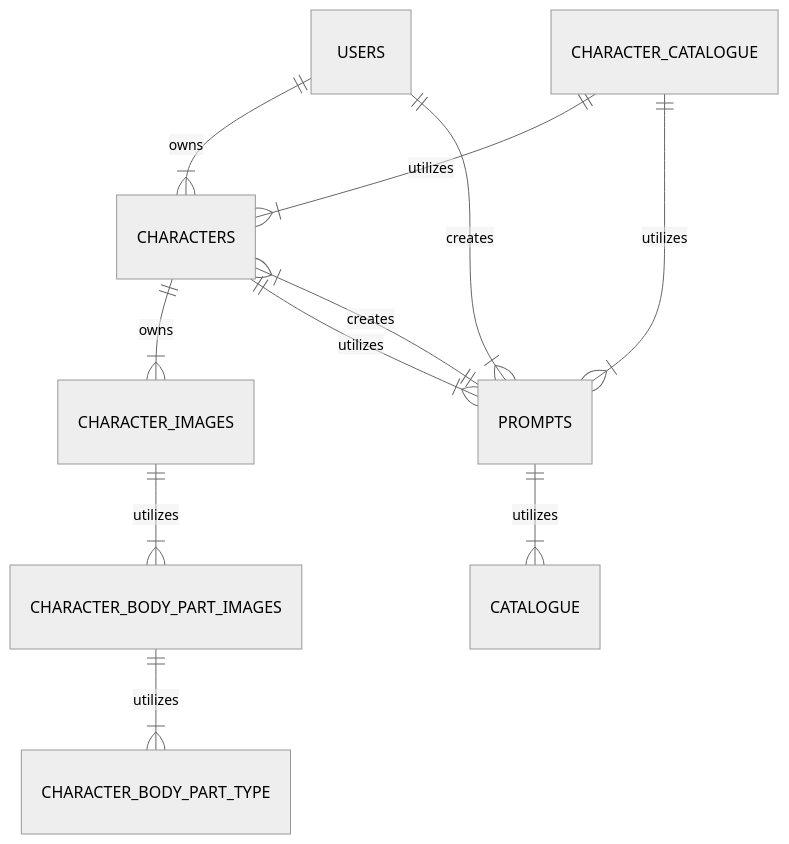
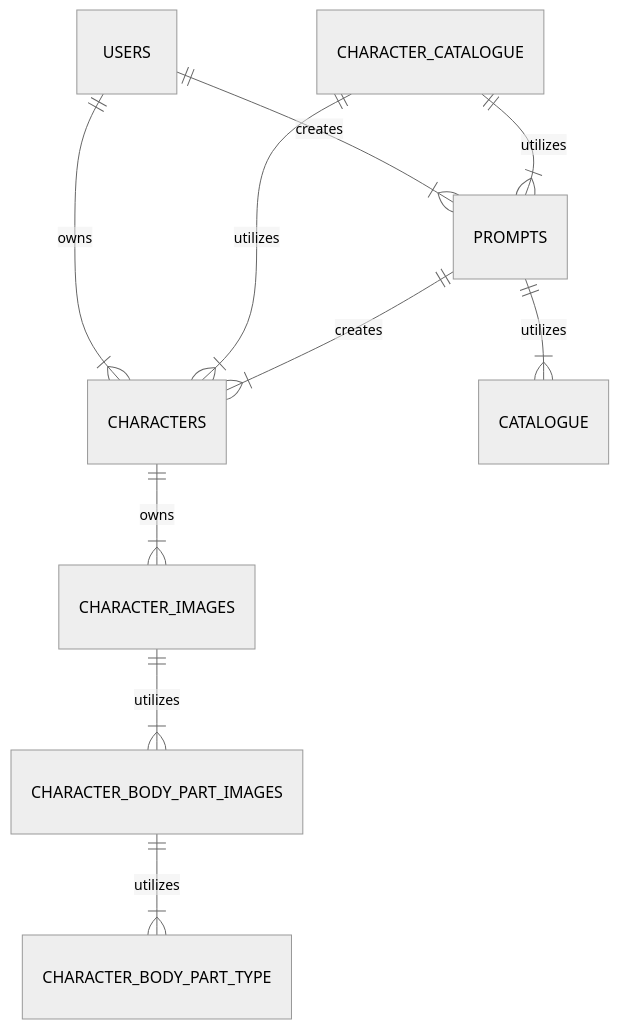
One commit to Wren00/create-an-orc changed the first of 2 diagrams in README.md. Above: the diagram before and after it, drawn with Mermaid (neutral theme).

````diff
--- a/README.md
+++ b/README.md
@@ -49,13 +49,12 @@
 ```mermaid
 erDiagram
 USERS ||--|{ CHARACTERS : owns
 USERS ||--|{ PROMPTS : creates
 CHARACTERS ||--|{ CHARACTER_IMAGES : owns
-CHARACTERS ||--|{ PROMPTS : utilizes
 CHARACTER_IMAGES ||--|{ CHARACTER_BODY_PART_IMAGES : utilizes
 CHARACTER_BODY_PART_IMAGES ||--|{ CHARACTER_BODY_PART_TYPE : utilizes
 CHARACTER_CATALOGUE ||--|{ CHARACTERS : utilizes
 CHARACTER_CATALOGUE ||--|{ PROMPTS : utilizes
 PROMPTS ||--|{ CATALOGUE : utilizes
 PROMPTS ||--|{ CHARACTERS : creates
 ```
````
